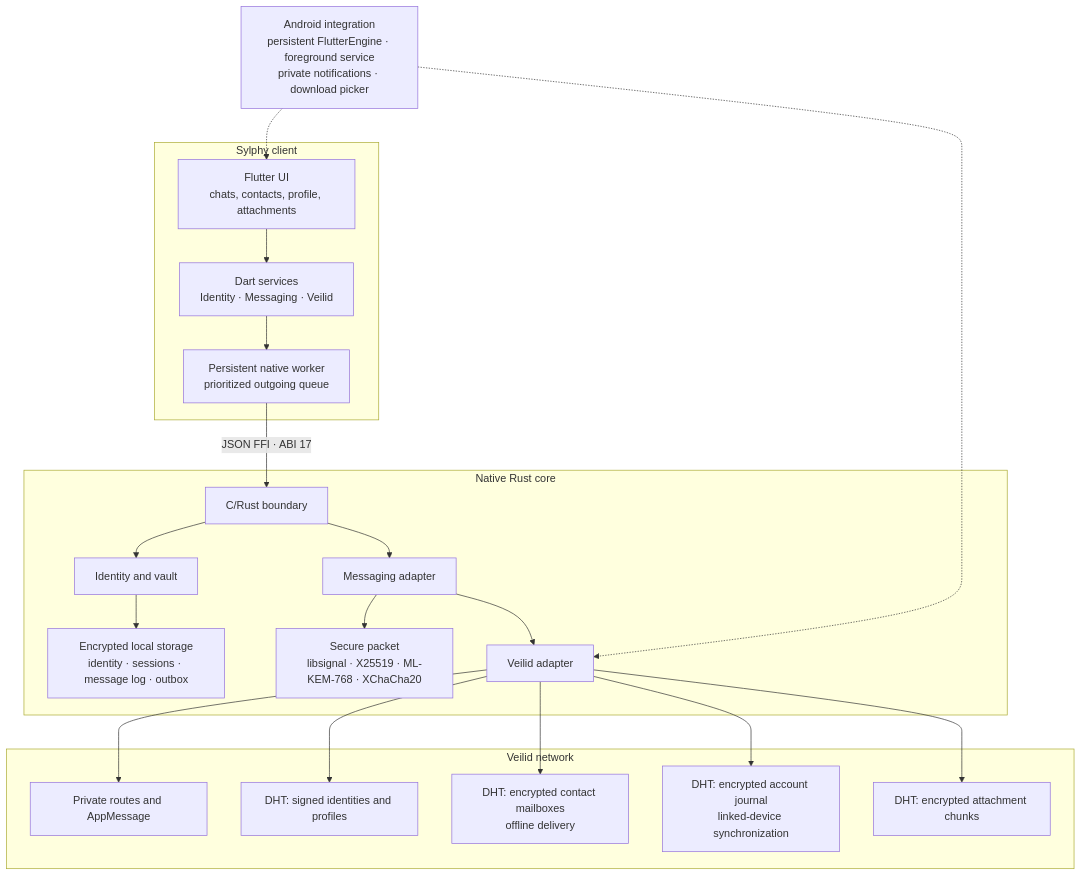
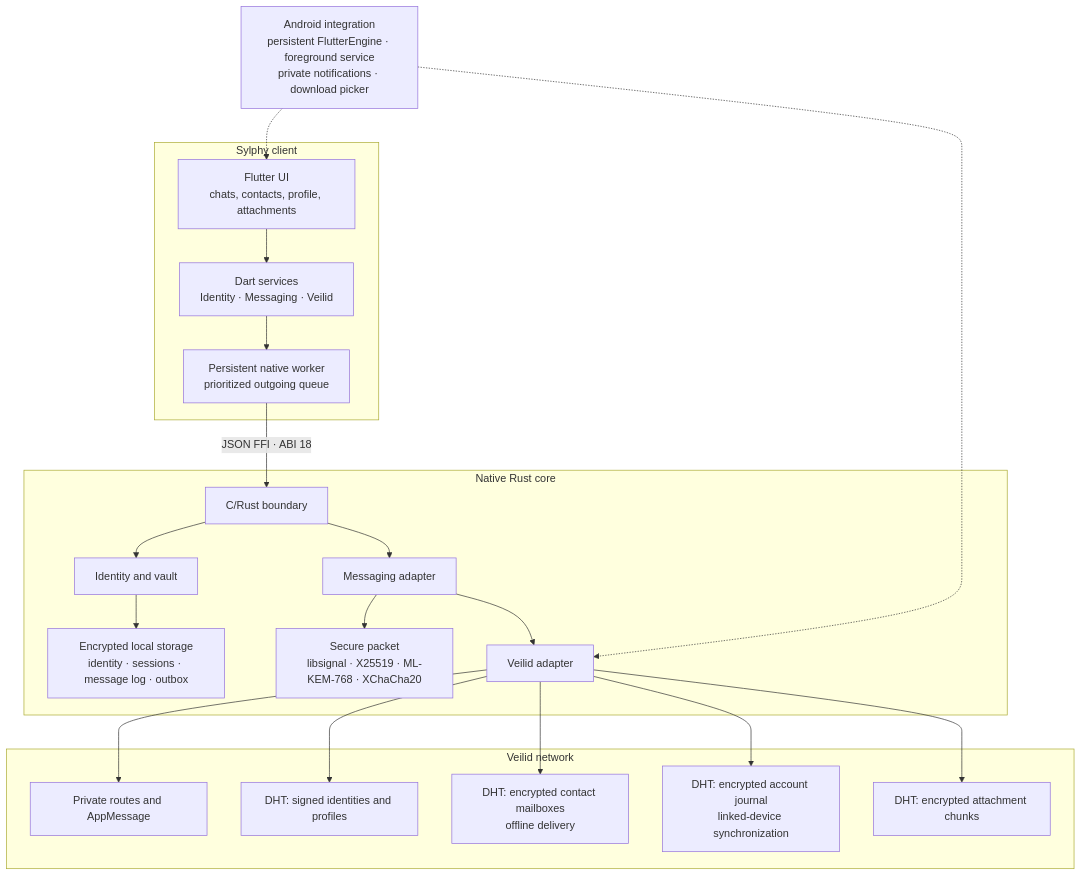
The diagram in README.md (ImHisako/Sylphy), drawn with Mermaid before and after one commit. The commit also changed 57 other files, not shown here.

````diff
--- a/README.md
+++ b/README.md
@@ -111,31 +111,31 @@
 ```mermaid
 flowchart TB
     subgraph Client["Sylphy client"]
         UI["Flutter UI\nchats, contacts, profile, attachments"]
         DS["Dart services\nIdentity · Messaging · Veilid"]
         BG["Persistent native worker\nprioritized outgoing queue"]
         UI --> DS --> BG
     end
 
-    BG -->|"JSON FFI · ABI 17"| FFI["C/Rust boundary"]
+    BG -->|"JSON FFI · ABI 18"| FFI["C/Rust boundary"]
 
     subgraph Core["Native Rust core"]
         FFI --> ID["Identity and vault"]
         FFI --> MSG["Messaging adapter"]
         MSG --> CRYPTO["Secure packet\nlibsignal · X25519 · ML-KEM-768 · XChaCha20"]
         MSG --> VA["Veilid adapter"]
         ID --> LOCAL["Encrypted local storage\nidentity · sessions · message log · outbox"]
     end
 
     subgraph Network["Veilid network"]
         VA --> ROUTE["Private routes and AppMessage"]
         VA --> DHTID["DHT: signed identities and profiles"]
         VA --> PEERMAIL["DHT: encrypted contact mailboxes\noffline delivery"]
         VA --> MAIL["DHT: encrypted account journal\nlinked-device synchronization"]
         VA --> FILES["DHT: encrypted attachment chunks"]
     end
 
     ANDROID["Android integration\npersistent FlutterEngine · foreground service\nprivate notifications · download picker"]
     ANDROID -.-> UI
     ANDROID -.-> VA
 ```
````
